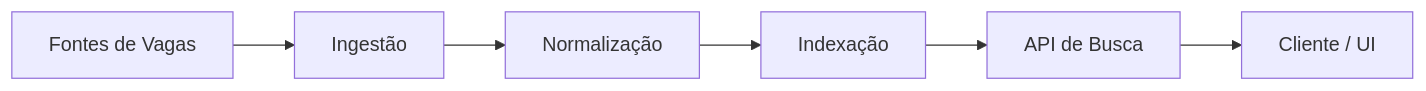
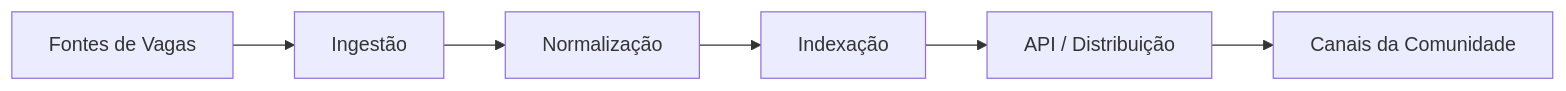
One commit to vitorvaf/my-blog changed the first of 3 diagrams in posts/2026-02-11-construindo-um-motor-de-busca-para-vagas-de-tecnologia.md. Above: the diagram before and after it, drawn with Mermaid. The commit also changed other lines of this file, not shown here.

Commit message:
Update Posts “2026-02-11-construindo-um-motor-de-busca-para-vagas-de-tecnologia”

````diff
--- a/posts/2026-02-11-construindo-um-motor-de-busca-para-vagas-de-tecnologia.md
+++ b/posts/2026-02-11-construindo-um-motor-de-busca-para-vagas-de-tecnologia.md
@@ -41,8 +42,8 @@
 ```mermaid
 flowchart LR
     A[Fontes de Vagas] --> B[Ingestão]
     B --> C[Normalização]
     C --> D[Indexação]
-    D --> E[API de Busca]
-    E --> F[Cliente / UI]
+    D --> E[API / Distribuição]
+    E --> F[Canais da Comunidade]
 ```
````
